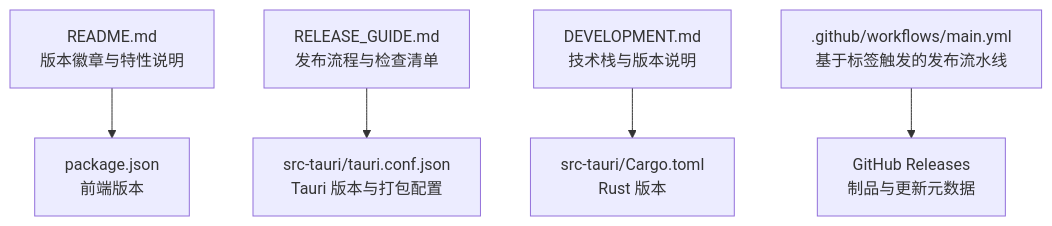
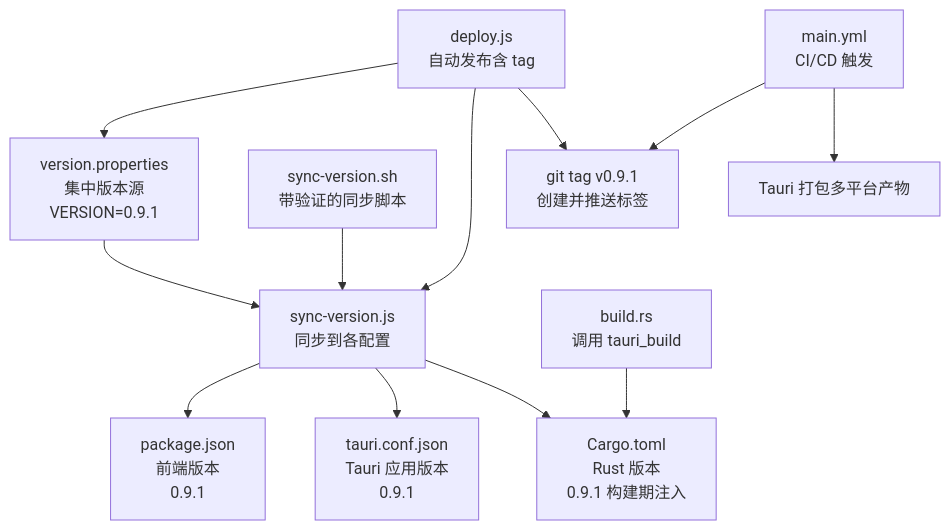
Before and after one commit to YLee9527/Medex: the first of 3 diagrams in doc/repowiki/zh/content/部署与发布/版本管理.md, drawn with Mermaid. The commit also changed other lines of this file and 31 other files, not shown here.

First line of the commit message:
docs(doc): 添加部署脚本、锁屏功能、发布指南及设置按钮图标文档

````diff
--- a/doc/repowiki/zh/content/部署与发布/版本管理.md
+++ b/doc/repowiki/zh/content/部署与发布/版本管理.md
@@ -38,7 +54,14 @@
 ```mermaid
 graph TB
-A["README.md<br/>版本徽章与特性说明"] --> B["package.json<br/>前端版本"]
-C["RELEASE_GUIDE.md<br/>发布流程与检查清单"] --> D["src-tauri/tauri.conf.json<br/>Tauri 版本与打包配置"]
-E["DEVELOPMENT.md<br/>技术栈与版本说明"] --> F["src-tauri/Cargo.toml<br/>Rust 版本"]
-G[".github/workflows/main.yml<br/>基于标签触发的发布流水线"] --> H["GitHub Releases<br/>制品与更新元数据"]
+VP["version.properties<br/>集中版本源<br/>VERSION=0.9.1"] --> SV["sync-version.js<br/>同步到各配置"]
+SV --> PJ["package.json<br/>前端版本<br/>0.9.1"]
+SV --> TC["tauri.conf.json<br/>Tauri 应用版本<br/>0.9.1"]
+SV --> CT["Cargo.toml<br/>Rust 版本<br/>0.9.1 构建期注入"]
+SH["sync-version.sh<br/>带验证的同步脚本"] --> SV
+DJ["deploy.js<br/>自动发布含 tag"] --> VP
+DJ --> SV
+DJ --> TAG["git tag v0.9.1<br/>创建并推送标签"]
+GH["main.yml<br/>CI/CD 触发"] --> TAG
+GH --> BUILD["Tauri 打包多平台产物"]
+BR["build.rs<br/>调用 tauri_build"] --> CT
 ```
````
